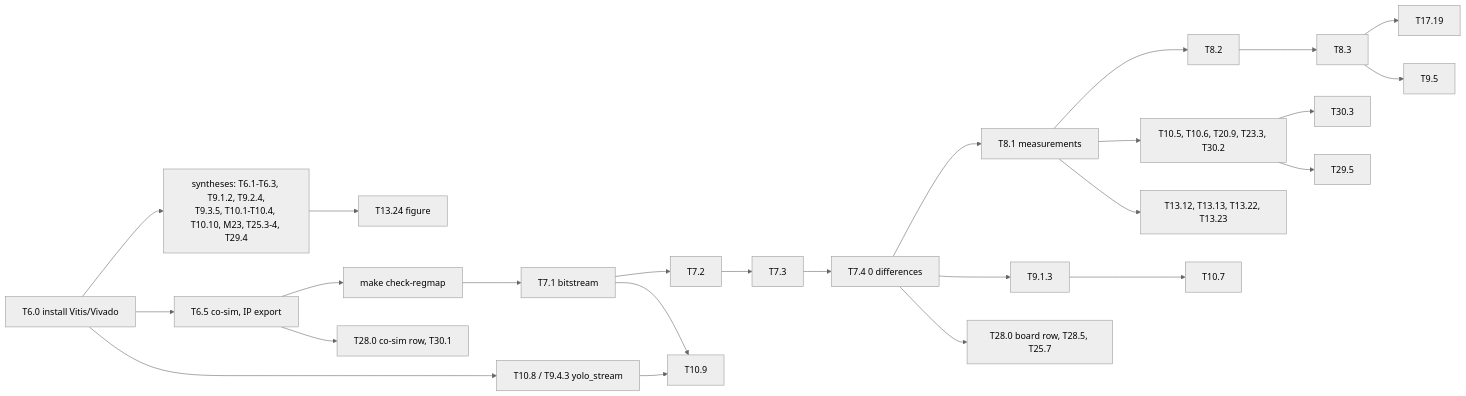
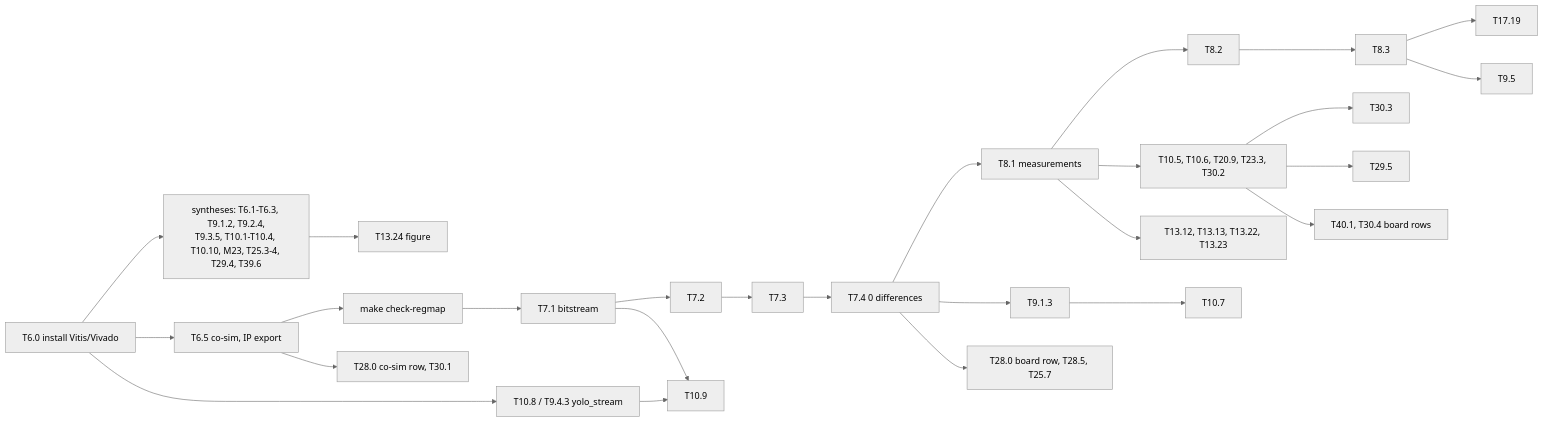
One commit to lrivals/EmbeddedComputervision changed the diagram in docs/tasks/deferred/README.md. Above: the diagram before and after it, drawn with Mermaid (neutral theme). The commit also changed other lines of this file and 15 other files, not shown here.

````diff
--- a/docs/tasks/deferred/README.md
+++ b/docs/tasks/deferred/README.md
@@ -23,20 +23,21 @@
 ```mermaid
 graph LR
-  T60["T6.0 install Vitis/Vivado"] --> SYN["syntheses: T6.1-T6.3, T9.1.2, T9.2.4,<br/>T9.3.5, T10.1-T10.4, T10.10, M23, T25.3-4, T29.4"]
+  T60["T6.0 install Vitis/Vivado"] --> SYN["syntheses: T6.1-T6.3, T9.1.2, T9.2.4,<br/>T9.3.5, T10.1-T10.4, T10.10, M23, T25.3-4, T29.4, T39.6"]
   T60 --> T65["T6.5 co-sim, IP export"]
   SYN --> T1324[T13.24 figure]
   T65 --> REG["make check-regmap"] --> T71["T7.1 bitstream"]
   T60 --> STR["T10.8 / T9.4.3 yolo_stream"] --> T109[T10.9]
   T65 --> COS["T28.0 co-sim row, T30.1"]
   T71 --> T72[T7.2] --> T73[T7.3] --> T74["T7.4 0 differences"]
   T71 --> T109
   T74 --> T81["T8.1 measurements"] --> T82[T8.2] --> T83[T8.3]
   T74 --> T913[T9.1.3] --> T107[T10.7]
   T81 --> BRD["T10.5, T10.6, T20.9, T23.3, T30.2"]
   T74 --> EQ["T28.0 board row, T28.5, T25.7"]
   T83 --> T1719[T17.19]
   T83 --> T95[T9.5]
   T81 --> FIG["T13.12, T13.13, T13.22, T13.23"]
   BRD --> T303[T30.3]
   BRD --> T295[T29.5]
+  BRD --> T401["T40.1, T30.4 board rows"]
 ```
````
